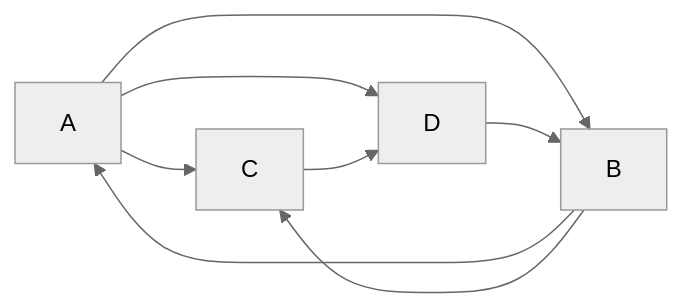
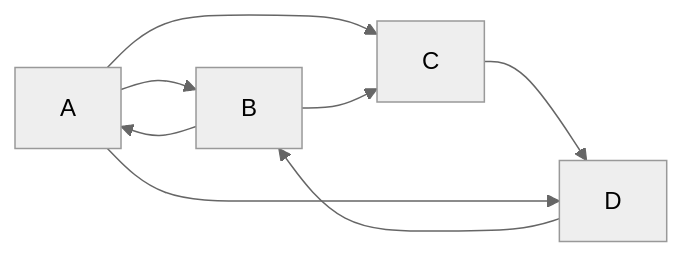
One commit to Prog-up/Cours-Info changed the fourth of 9 diagrams in Chap_10.md. Above: the diagram before and after it, drawn with Mermaid (neutral theme). The commit also changed other lines of this file and 1 other file, not shown here.

````diff
--- a/Chap_10.md
+++ b/Chap_10.md
@@ -124,10 +112,10 @@
 ```mermaid
-graph LR
-    A --> C
-    A --> B
-    A --> D
-    B --> A
-    B --> C
-    C --> D
-    D --> B
+flowchart LR
+  A --> B
+  B --> A
+  A --> C
+  C --> D
+  B --> C
+  D --> B
+  A --> D
 ```
````
